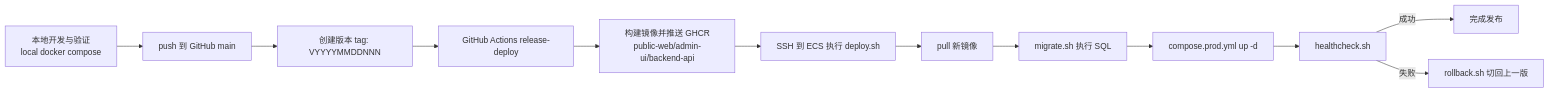
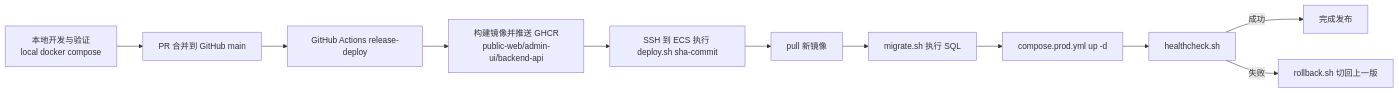
Before and after one commit to huozao/AliECS: the diagram in docs/auto-deploy-guide.md, drawn with Mermaid. The commit also changed other lines of this file and 14 other files, not shown here.

Commit message:
feat(deploy): use GitHub-native release identity

````diff
--- a/docs/auto-deploy-guide.md
+++ b/docs/auto-deploy-guide.md
@@ -31,14 +34,13 @@
 ```mermaid
 flowchart LR
-    A[本地开发与验证\nlocal docker compose] --> B[push 到 GitHub main]
-    B --> C[创建版本 tag: VYYYYMMDDNNN]
-    C --> D[GitHub Actions release-deploy]
+    A[本地开发与验证\nlocal docker compose] --> B[PR 合并到 GitHub main]
+    B --> D[GitHub Actions release-deploy]
     D --> E[构建镜像并推送 GHCR\npublic-web/admin-ui/backend-api]
-    E --> F[SSH 到 ECS 执行 deploy.sh <tag>]
+    E --> F[SSH 到 ECS 执行 deploy.sh sha-commit]
     F --> G[pull 新镜像]
     G --> H[migrate.sh 执行 SQL]
     H --> I[compose.prod.yml up -d]
     I --> J[healthcheck.sh]
     J -->|成功| K[完成发布]
     J -->|失败| L[rollback.sh 切回上一版]
 ```
````
